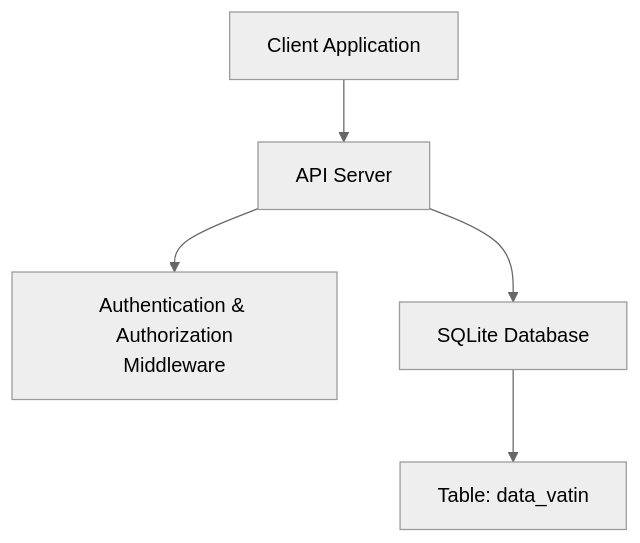
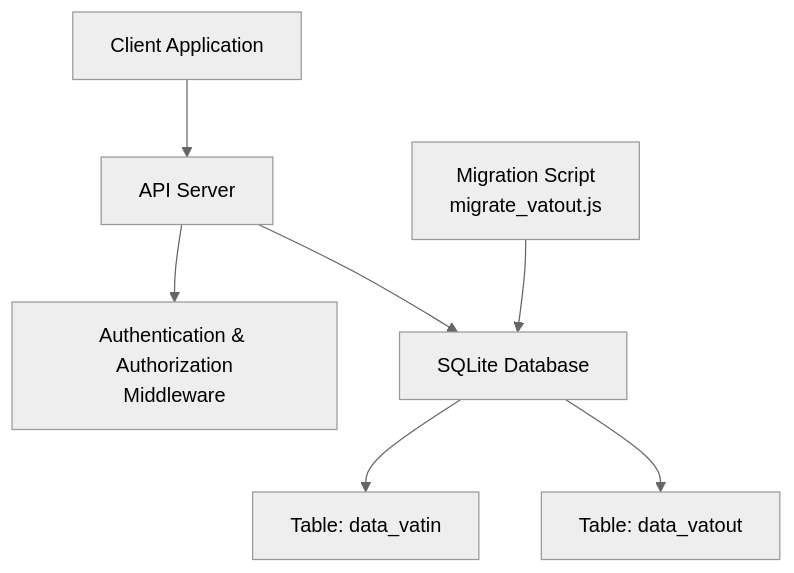
One commit to rendisiagian/TDS_by_RENDISIAGIAN changed the first of 3 diagrams in .qoder/repowiki/en/content/API Reference/REST API Endpoints/Data Migration APIs.md. Above: the diagram before and after it, drawn with Mermaid (neutral theme). The commit also changed other lines of this file and 96 other files, not shown here.

````diff
--- a/.qoder/repowiki/en/content/API Reference/REST API Endpoints/Data Migration APIs.md
+++ b/.qoder/repowiki/en/content/API Reference/REST API Endpoints/Data Migration APIs.md
@@ -32,7 +42,9 @@
 ```mermaid
 graph TB
 Client["Client Application"] --> API["API Server"]
 API --> Auth["Authentication & Authorization<br/>Middleware"]
 API --> DB["SQLite Database"]
 DB --> Vatin["Table: data_vatin"]
+DB --> Vatout["Table: data_vatout"]
+Script["Migration Script<br/>migrate_vatout.js"] --> DB
 ```
````
